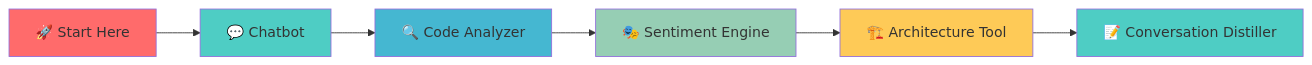
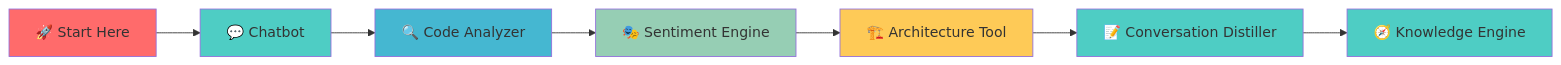
One commit to dfbustosus/ai-rs changed the diagram in README.md. Above: the diagram before and after it, drawn with Mermaid. The commit also changed other lines of this file, not shown here.

````diff
--- a/README.md
+++ b/README.md
@@ -151,15 +168,17 @@
 ```mermaid
 graph LR
     A[🚀 Start Here] --> B[💬 Chatbot]
     B --> C[🔍 Code Analyzer]
     C --> D[🎭 Sentiment Engine]
     D --> E[🏗️ Architecture Tool]
     E --> F[📝 Conversation Distiller]
+    F --> G[🧭 Knowledge Engine]
     
     style A fill:#ff6b6b
     style B fill:#4ecdc4
     style C fill:#45b7d1
     style D fill:#96ceb4
     style E fill:#feca57
     style F fill:#4ecdc4
+    style G fill:#4ecdc4
 ```
````
